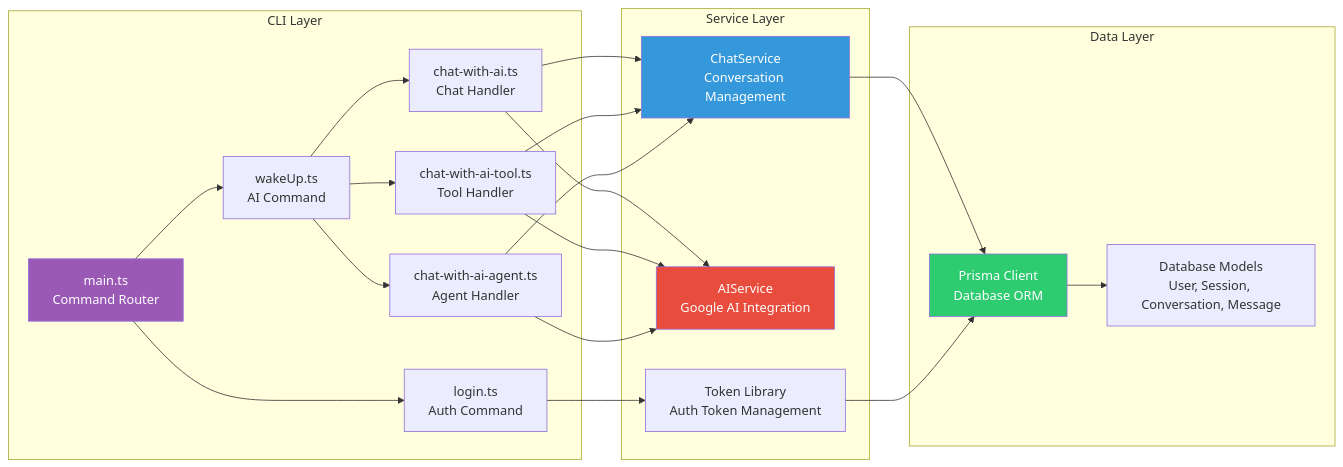
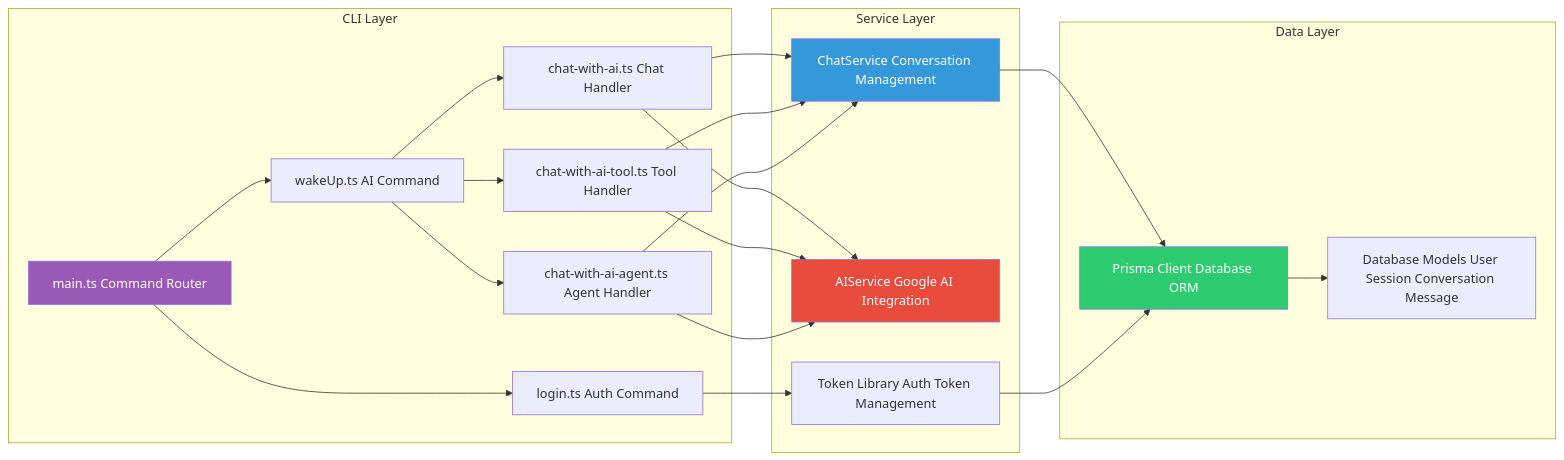
One commit to Swarnim-Chandve/Orryn-Cli changed the second of 7 diagrams in README.md. Above: the diagram before and after it, drawn with Mermaid. The commit also changed other lines of this file, not shown here.

Commit message:
readme added

````diff
--- a/README.md
+++ b/README.md
@@ -129,45 +129,45 @@
 ```mermaid
 graph LR
     subgraph "CLI Layer"
-        Main[main.ts<br/>Command Router]
-        LoginCmd[login.ts<br/>Auth Command]
-        WakeUpCmd[wakeUp.ts<br/>AI Command]
-        ChatModule[chat-with-ai.ts<br/>Chat Handler]
-        ToolChat[chat-with-ai-tool.ts<br/>Tool Handler]
-        AgentChat[chat-with-ai-agent.ts<br/>Agent Handler]
+        Main["main.ts Command Router"]
+        LoginCmd["login.ts Auth Command"]
+        WakeUpCmd["wakeUp.ts AI Command"]
+        ChatModule["chat-with-ai.ts Chat Handler"]
+        ToolChat["chat-with-ai-tool.ts Tool Handler"]
+        AgentChat["chat-with-ai-agent.ts Agent Handler"]
     end
     
     subgraph "Service Layer"
-        ChatService[ChatService<br/>Conversation Management]
-        AIService[AIService<br/>Google AI Integration]
-        TokenLib[Token Library<br/>Auth Token Management]
+        ChatService["ChatService Conversation Management"]
+        AIService["AIService Google AI Integration"]
+        TokenLib["Token Library Auth Token Management"]
     end
     
     subgraph "Data Layer"
-        PrismaClient[Prisma Client<br/>Database ORM]
-        Models[Database Models<br/>User, Session, Conversation, Message]
+        PrismaClient["Prisma Client Database ORM"]
+        Models["Database Models User Session Conversation Message"]
     end
     
     Main --> LoginCmd
     Main --> WakeUpCmd
     WakeUpCmd --> ChatModule
     WakeUpCmd --> ToolChat
     WakeUpCmd --> AgentChat
     
     ChatModule --> ChatService
     ChatModule --> AIService
     ToolChat --> ChatService
     ToolChat --> AIService
     AgentChat --> ChatService
     AgentChat --> AIService
     
     ChatService --> PrismaClient
     LoginCmd --> TokenLib
     TokenLib --> PrismaClient
     PrismaClient --> Models
     
     style Main fill:#9b59b6,color:#fff
     style ChatService fill:#3498db,color:#fff
     style AIService fill:#e74c3c,color:#fff
     style PrismaClient fill:#2ecc71,color:#fff
 ```
````
